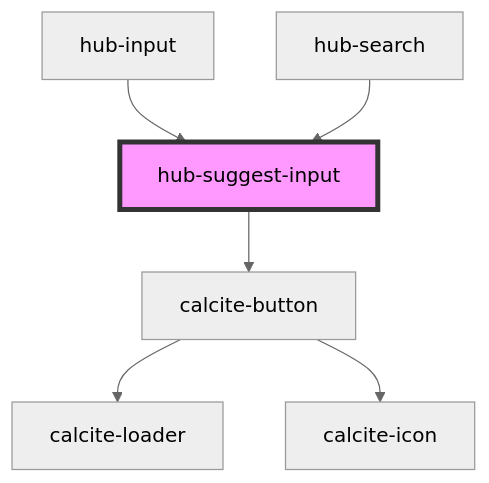
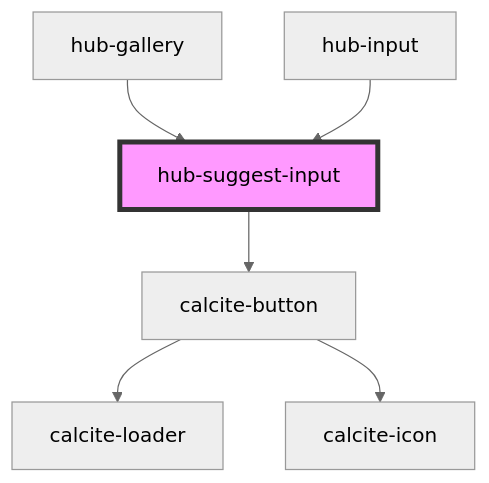
One commit to esridc/hub-components-experiments changed the diagram in src/components/hub-suggest-input/readme.md. Above: the diagram before and after it, drawn with Mermaid (neutral theme). The commit also changed other lines of this file and 11 other files, not shown here.

Commit message:
Changed hub-search to hub-gallery

````diff
--- a/src/components/hub-suggest-input/readme.md
+++ b/src/components/hub-suggest-input/readme.md
@@ -39,9 +39,9 @@
 ```mermaid
 graph TD;
   hub-suggest-input --> calcite-button
   calcite-button --> calcite-loader
   calcite-button --> calcite-icon
+  hub-gallery --> hub-suggest-input
   hub-input --> hub-suggest-input
-  hub-search --> hub-suggest-input
   style hub-suggest-input fill:#f9f,stroke:#333,stroke-width:4px
 ```
````
